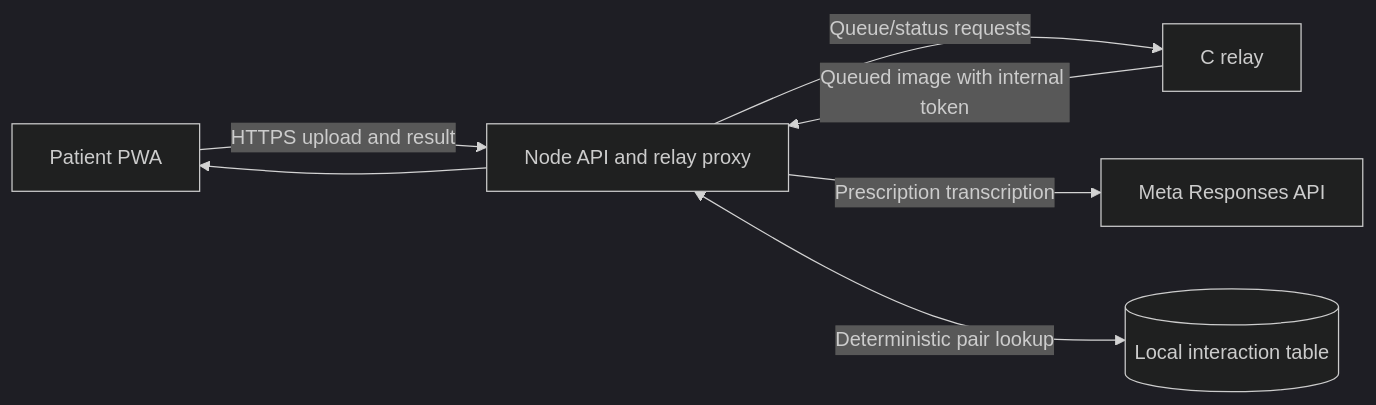
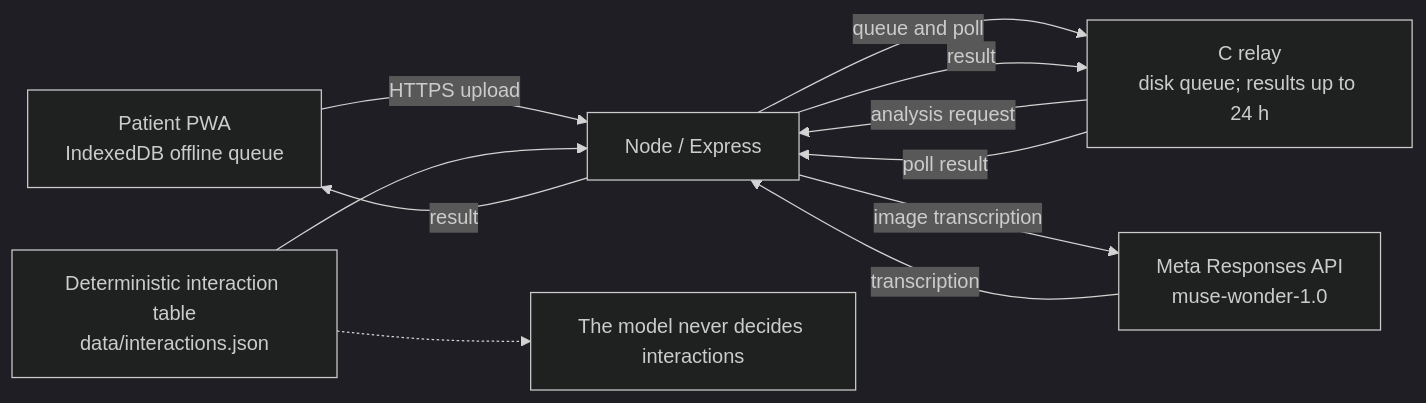
The diagram in README.md (Osee11/PharmaClear-V0), drawn with Mermaid (dark theme) before and after one commit. The commit also changed other lines of this file, not shown here.

Commit message:
docs: reorganize README for demo and results

````diff
--- a/README.md
+++ b/README.md
@@ -32,9 +59,13 @@
 ```mermaid
 flowchart LR
-  PWA[Patient PWA] -->|HTTPS upload and result| Node[Node API and relay proxy]
-  Node -->|Queue/status requests| RelayC[C relay]
-  RelayC -->|Queued image with internal token| Node
-  Node -->|Prescription transcription| Meta[Meta Responses API]
-  Node <-->|Deterministic pair lookup| Interactions[(Local interaction table)]
-  Node --> PWA
+  PWA["Patient PWA<br/>IndexedDB offline queue"] -->|HTTPS upload| Node["Node / Express"]
+  Node -->|queue and poll| Relay["C relay<br/>disk queue; results up to 24 h"]
+  Relay -->|analysis request| Node
+  Node -->|image transcription| Meta["Meta Responses API<br/>muse-wonder-1.0"]
+  Meta -->|transcription| Node
+  Node -->|result| Relay
+  Relay -->|poll result| Node
+  Node -->|result| PWA
+  Table["Deterministic interaction table<br/>data/interactions.json"] --> Node
+  Table -.-> Note["The model never decides interactions"]
 ```
````
